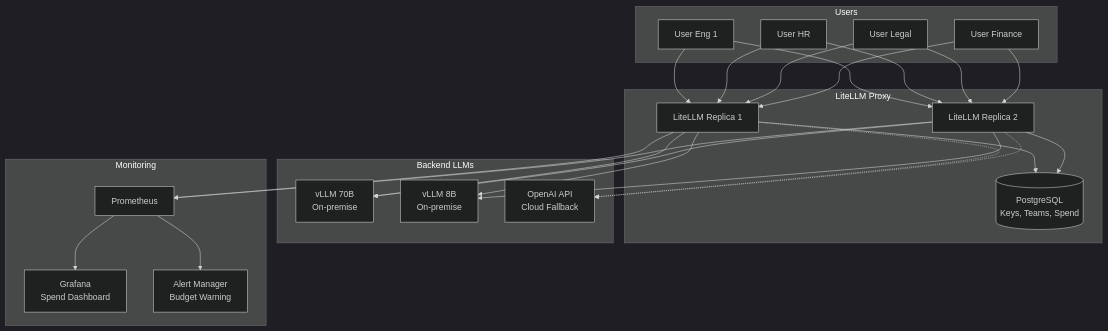
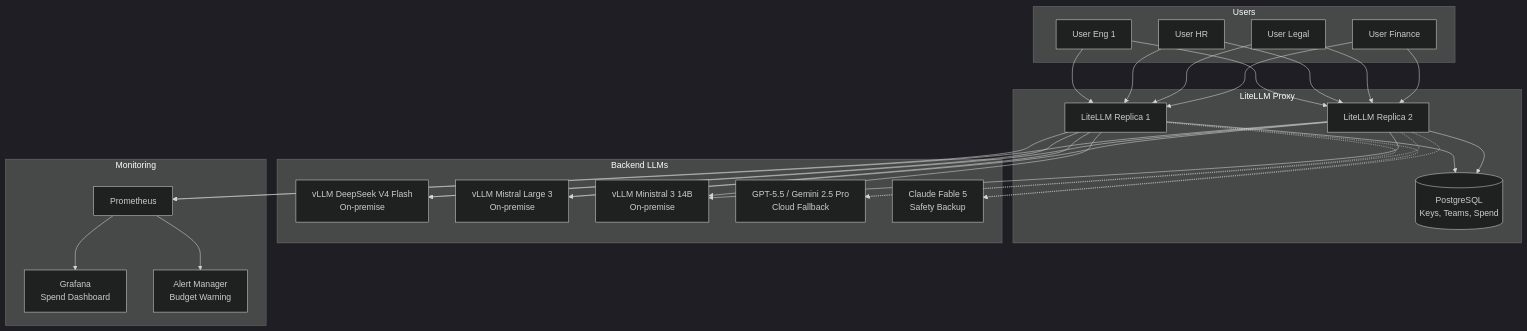
Before and after one commit to bagaswap111/buku-kolaborasi-llm: the diagram in guidelines/jilid-2/bab-08-general/sub-bab-4.md, drawn with Mermaid (dark theme). The commit also changed other lines of this file and 83 other files, not shown here.

````diff
--- a/guidelines/jilid-2/bab-08-general/sub-bab-4.md
+++ b/guidelines/jilid-2/bab-08-general/sub-bab-4.md
@@ -93,29 +93,31 @@
 ```mermaid
 graph TB
     subgraph "Users"
         USER1[User Eng 1]
         USER2[User HR]
         USER3[User Legal]
         USER4[User Finance]
     end
     subgraph "LiteLLM Proxy"
         LITELM1[LiteLLM Replica 1]
         LITELM2[LiteLLM Replica 2]
         DB[(PostgreSQL\nKeys, Teams, Spend)]
     end
     subgraph "Backend LLMs"
-        VLLM70[vLLM 70B\nOn-premise]
-        VLLM8[vLLM 8B\nOn-premise]
-        OPENAI[OpenAI API\nCloud Fallback]
+    VLLM_DS[vLLM DeepSeek V4 Flash\nOn-premise]
+    VLLM_MISTRAL[vLLM Mistral Large 3\nOn-premise]
+    VLLM_MINI[vLLM Ministral 3 14B\nOn-premise]
+    OPENAI[GPT-5.5 / Gemini 2.5 Pro\nCloud Fallback]
+    CLAUDE[Claude Fable 5\nSafety Backup]
     end
     subgraph "Monitoring"
         PROM[Prometheus]
         GRAF[Grafana\nSpend Dashboard]
         ALERT[Alert Manager\nBudget Warning]
     end
     USER1 & USER2 & USER3 & USER4 --> LITELM1 & LITELM2
     LITELM1 & LITELM2 --> DB
-    LITELM1 & LITELM2 --> VLLM70 & VLLM8
-    LITELM1 & LITELM2 -.-> OPENAI
+    LITELM1 & LITELM2 --> VLLM_DS & VLLM_MISTRAL & VLLM_MINI
+    LITELM1 & LITELM2 -.-> OPENAI & CLAUDE
     LITELM1 & LITELM2 --> PROM --> GRAF & ALERT
 ```
````
